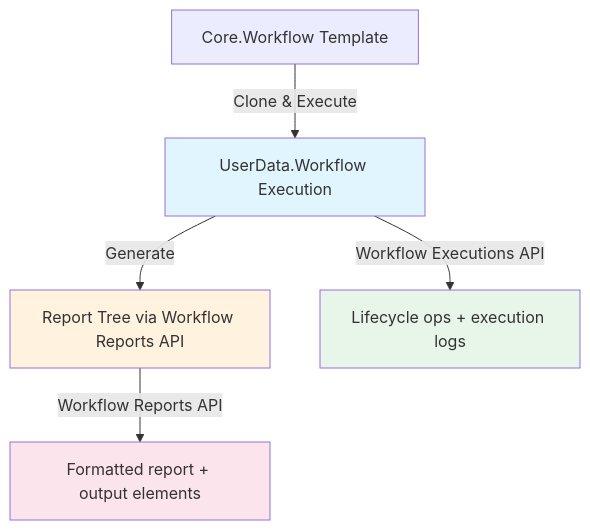
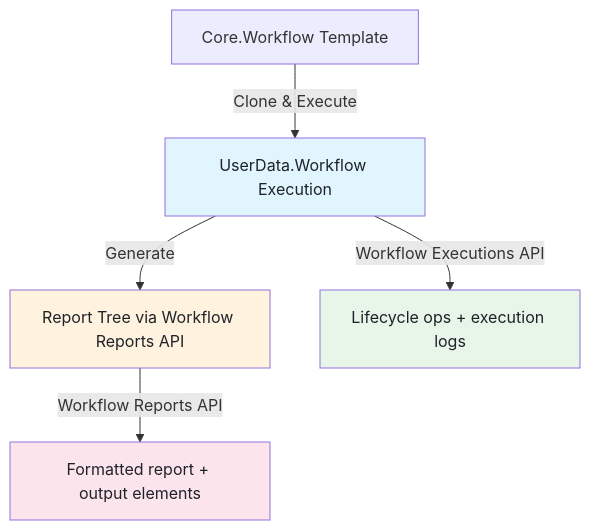
The second of 2 diagrams in docs/reference/api/workflow-executions.md (Inia-AI/inia), drawn with Mermaid before and after one commit. The commit also changed other lines of this file and 63 other files, not shown here.

````diff
--- a/docs/reference/api/workflow-executions.md
+++ b/docs/reference/api/workflow-executions.md
@@ -60,13 +60,13 @@
 ```mermaid
 graph TD
     A[Core.Workflow Template] -->|Clone & Execute| B[UserData.Workflow Execution]
     B -->|Generate| C[Report Tree via Workflow Reports API]
 
     B -->|Workflow Executions API| D[Lifecycle ops + execution logs]
     C -->|Workflow Reports API| E[Formatted report + output elements]
 
-    style B fill:#e1f5fe
-    style C fill:#fff3e0
-    style D fill:#e8f5e9
-    style E fill:#fce4ec
+    style B fill:#e1f5fe,color:#1f2328
+    style C fill:#fff3e0,color:#1f2328
+    style D fill:#e8f5e9,color:#1f2328
+    style E fill:#fce4ec,color:#1f2328
 ```
````
